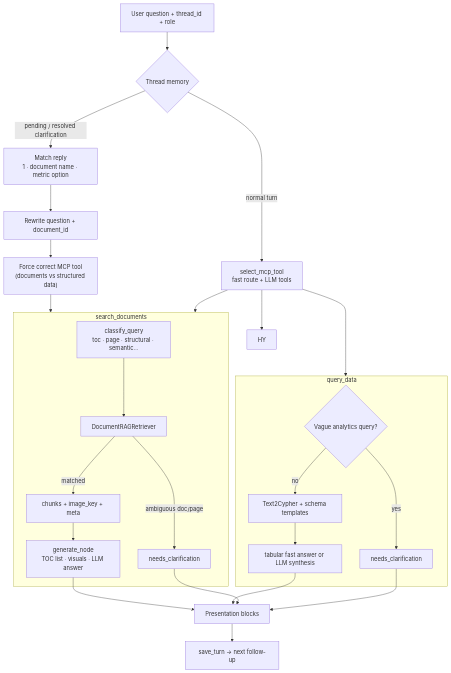
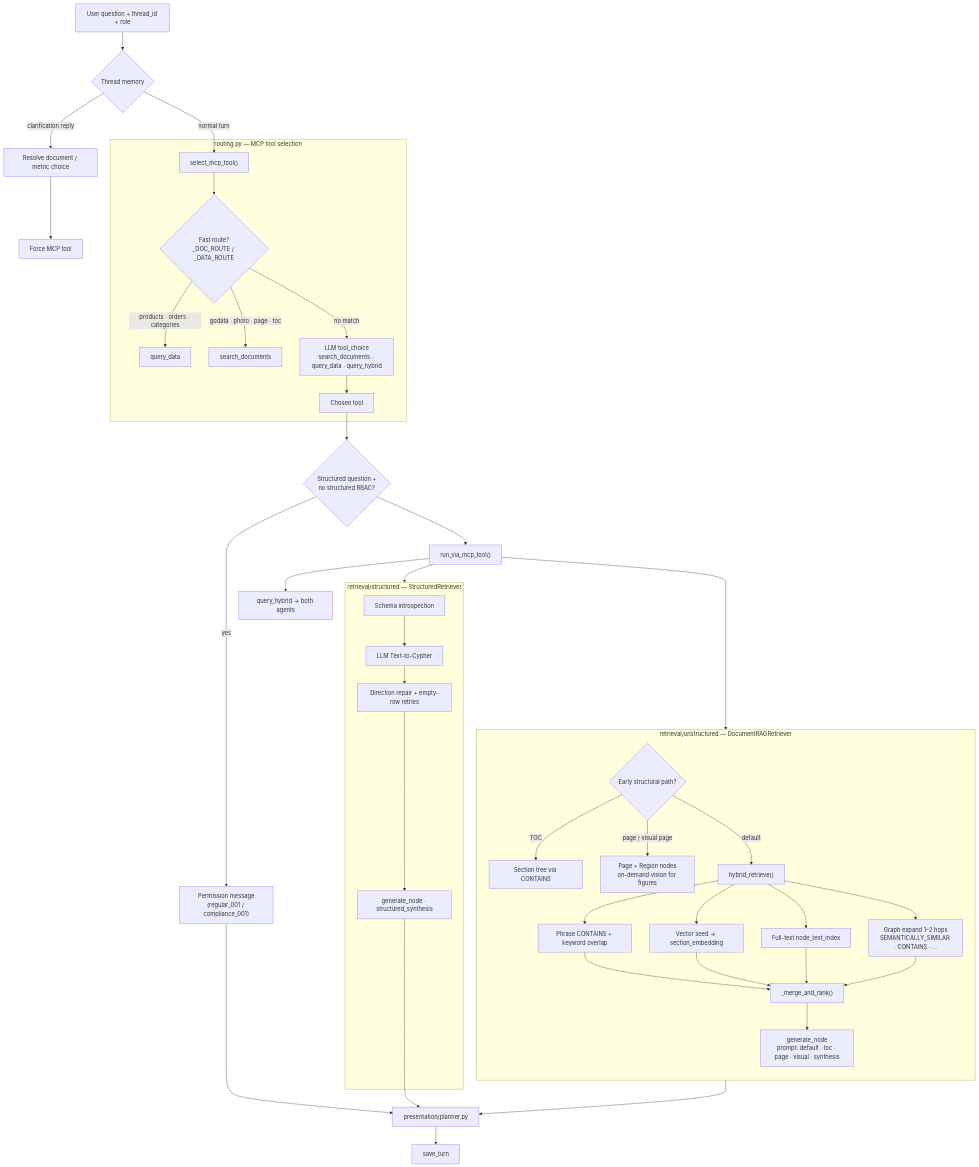
One commit to umerjavaidkh/agentic_graph_rag changed the third of 3 diagrams in README.md. Above: the diagram before and after it, drawn with Mermaid. The commit also changed other lines of this file, not shown here.

````diff
--- a/README.md
+++ b/README.md
@@ -413,36 +419,54 @@
 ```mermaid
 flowchart TB
     Q["User question + thread_id + role"] --> TM{"Thread memory"}
 
-    TM -->|pending / resolved clarification| CLARIFY["Match reply<br/>1 · document name · metric option"]
-    CLARIFY --> REWRITE["Rewrite question + document_id"]
-    REWRITE --> FORCE["Force correct MCP tool<br/>(documents vs structured data)"]
+    TM -->|clarification reply| CLARIFY["Resolve document / metric choice"]
+    CLARIFY --> FORCE["Force MCP tool"]
 
-    TM -->|normal turn| ROUTE["select_mcp_tool<br/>fast route + LLM tools"]
+    TM -->|normal turn| ROUTE["select_mcp_tool()"]
 
-    FORCE --> SD
-    ROUTE --> SD
-    ROUTE --> QD
-    ROUTE --> HY
-
-    subgraph SD["search_documents"]
-        CLASS["classify_query<br/>toc · page · structural · semantic…"]
-        CLASS --> RET["DocumentRAGRetriever"]
-        RET -->|ambiguous doc/page| ASK1["needs_clarification"]
-        RET -->|matched| CTX["chunks + image_key + meta"]
-        CTX --> GEN1["generate_node<br/>TOC list · visuals · LLM answer"]
+    subgraph Route["routing.py — MCP tool selection"]
+        ROUTE --> FAST{"Fast route?<br/>_DOC_ROUTE / _DATA_ROUTE"}
+        FAST -->|products · orders · categories| QD2["query_data"]
+        FAST -->|godata · photo · page · toc| SD2["search_documents"]
+        FAST -->|no match| LLM["LLM tool_choice<br/>search_documents · query_data · query_hybrid"]
+        LLM --> PICK["Chosen tool"]
     end
 
-    subgraph QD["query_data"]
-        CL2{"Vague analytics query?"}
-        CL2 -->|yes| ASK2["needs_clarification"]
-        CL2 -->|no| T2C["Text2Cypher + schema templates"]
-        T2C --> GEN2["tabular fast answer or LLM synthesis"]
+    PICK --> RBAC2{"Structured question +<br/>no structured RBAC?"}
+    RBAC2 -->|yes| DENY2["Permission message<br/>(regular_001 / compliance_001)"]
+    RBAC2 --> RUN["run_via_mcp_tool()"]
+
+    RUN --> SD["search_documents → esg_agent"]
+    RUN --> QD["query_data → structured_agent"]
+    RUN --> HY["query_hybrid → both agents"]
+
+    subgraph SD["retrieval/unstructured — DocumentRAGRetriever"]
+        direction TB
+        RET{"Early structural path?"}
+        RET -->|TOC| T1["Section tree via CONTAINS"]
+        RET -->|page / visual page| T2["Page + Region nodes<br/>on-demand vision for figures"]
+        RET -->|default| HYB["hybrid_retrieve()"]
+        HYB --> LEX["Phrase CONTAINS + keyword overlap"]
+        HYB --> SEM["Vector seed → section_embedding"]
+        HYB --> FT["Full-text node_text_index"]
+        HYB --> GEX["Graph expand 1–2 hops<br/>SEMANTICALLY_SIMILAR · CONTAINS · …"]
+        LEX --> MERGE["_merge_and_rank()"]
+        SEM --> MERGE
+        FT --> MERGE
+        GEX --> MERGE
+        MERGE --> GEN1["generate_node<br/>prompt: default · toc · page · visual · synthesis"]
     end
 
-    GEN1 --> UI["Presentation blocks"]
+    subgraph QD["retrieval/structured — StructuredRetriever"]
+        T2C["Schema introspection"]
+        T2C --> CY["LLM Text-to-Cypher"]
+        CY --> FIX["Direction repair + empty-row retries"]
+        FIX --> GEN2["generate_node · structured_synthesis"]
+    end
+
+    GEN1 --> UI["presentation/planner.py"]
     GEN2 --> UI
-    ASK1 --> UI
-    ASK2 --> UI
-    UI --> SAVE["save_turn → next follow-up"]
+    DENY2 --> UI
+    UI --> SAVE["save_turn"]
 ```
````
